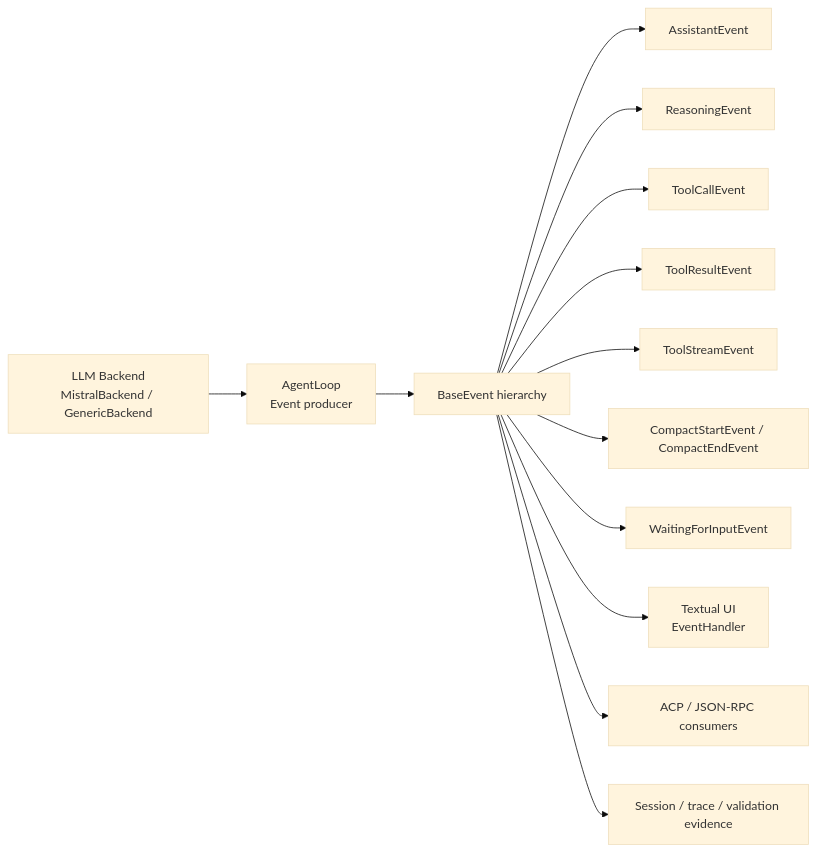
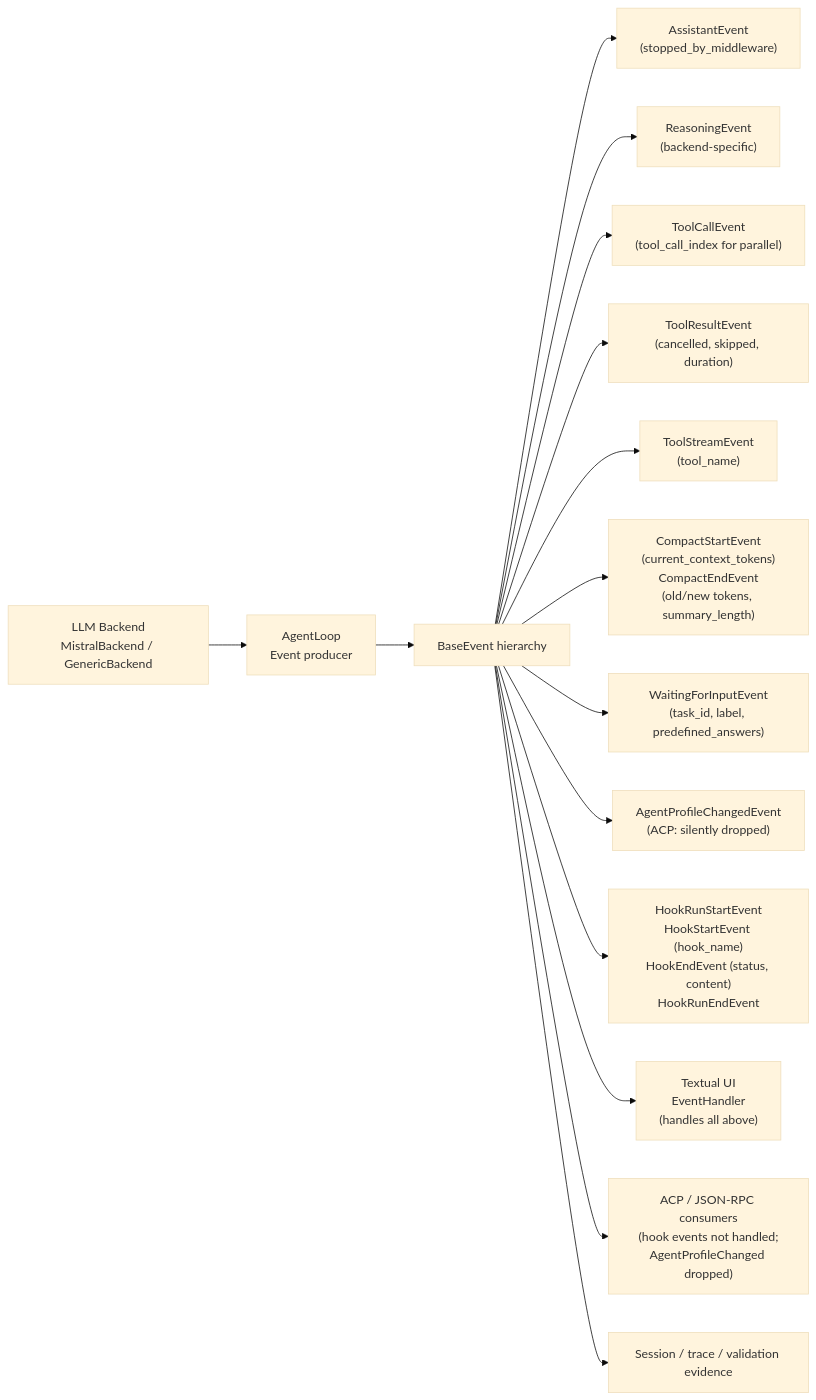
Before and after one commit to B-A-M-N/vibeflow: the diagram in references/diagrams/event-system-reference.md, drawn with Mermaid (base theme). The commit also changed other lines of this file and 24 other files, not shown here.

````diff
--- a/references/diagrams/event-system-reference.md
+++ b/references/diagrams/event-system-reference.md
@@ -10,17 +10,19 @@
 ```mermaid
 flowchart LR
   Backend["LLM Backend\nMistralBackend / GenericBackend"] --> AgentLoop["AgentLoop\nEvent producer"]
   AgentLoop --> Events["BaseEvent hierarchy"]
 
-  Events --> Assistant["AssistantEvent"]
-  Events --> Reasoning["ReasoningEvent"]
-  Events --> ToolCall["ToolCallEvent"]
-  Events --> ToolResult["ToolResultEvent"]
-  Events --> ToolStream["ToolStreamEvent"]
-  Events --> Compact["CompactStartEvent / CompactEndEvent"]
-  Events --> Waiting["WaitingForInputEvent"]
+  Events --> Assistant["AssistantEvent\n(stopped_by_middleware)"]
+  Events --> Reasoning["ReasoningEvent\n(backend-specific)"]
+  Events --> ToolCall["ToolCallEvent\n(tool_call_index for parallel)"]
+  Events --> ToolResult["ToolResultEvent\n(cancelled, skipped, duration)"]
+  Events --> ToolStream["ToolStreamEvent\n(tool_name)"]
+  Events --> Compact["CompactStartEvent\n(current_context_tokens)\nCompactEndEvent\n(old/new tokens, summary_length)"]
+  Events --> Waiting["WaitingForInputEvent\n(task_id, label, predefined_answers)"]
+  Events --> Profile["AgentProfileChangedEvent\n(ACP: silently dropped)"]
+  Events --> Hooks["HookRunStartEvent\nHookStartEvent (hook_name)\nHookEndEvent (status, content)\nHookRunEndEvent"]
 
-  Events --> TUI["Textual UI\nEventHandler"]
-  Events --> ACP["ACP / JSON-RPC consumers"]
+  Events --> TUI["Textual UI\nEventHandler\n(handles all above)"]
+  Events --> ACP["ACP / JSON-RPC consumers\n(hook events not handled;\nAgentProfileChanged dropped)"]
   Events --> Logs["Session / trace / validation evidence"]
 ```
````
